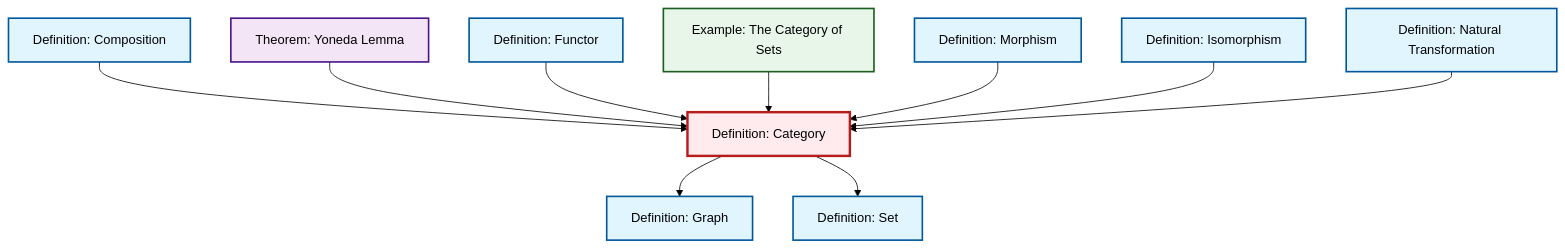
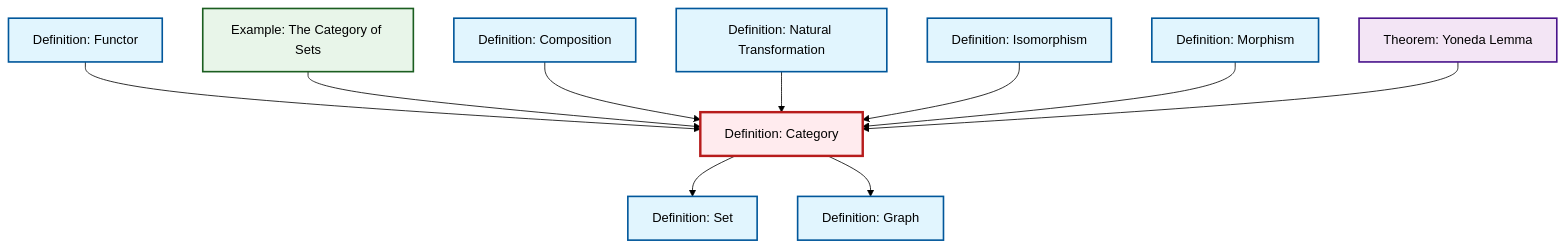
Before and after one commit to RK0429/ModernMath: the diagram in content/ja/category-theory/def-category.qmd, drawn with Mermaid (forest theme). The commit also changed other lines of this file and 491 other files, not shown here.

````diff
--- a/content/ja/category-theory/def-category.qmd
+++ b/content/ja/category-theory/def-category.qmd
@@ -48,38 +48,38 @@
 ```{mermaid}
 %%| fig-cap: "Local dependency graph"
 graph TD
     classDef definition fill:#e1f5fe,stroke:#01579b,stroke-width:2px
     classDef theorem fill:#f3e5f5,stroke:#4a148c,stroke-width:2px
     classDef axiom fill:#fff3e0,stroke:#e65100,stroke-width:2px
     classDef example fill:#e8f5e9,stroke:#1b5e20,stroke-width:2px
     classDef current fill:#ffebee,stroke:#b71c1c,stroke-width:3px
+    def-composition["Definition: Composition"]:::definition
+    thm-yoneda["Theorem: Yoneda Lemma"]:::theorem
+    def-functor["Definition: Functor"]:::definition
+    def-category["Definition: Category"]:::definition
     def-natural-transformation["Definition: Natural Transformation"]:::definition
+    def-set["Definition: Set"]:::definition
+    def-morphism["Definition: Morphism"]:::definition
+    def-graph["Definition: Graph"]:::definition
     ex-set-category["Example: The Category of Sets"]:::example
-    def-set["Definition: Set"]:::definition
-    def-category["Definition: Category"]:::definition
-    def-composition["Definition: Composition"]:::definition
-    def-functor["Definition: Functor"]:::definition
-    def-morphism["Definition: Morphism"]:::definition
-    thm-yoneda["Theorem: Yoneda Lemma"]:::theorem
-    def-graph["Definition: Graph"]:::definition
     def-isomorphism["Definition: Isomorphism"]:::definition
-    def-composition --> def-category
-    thm-yoneda --> def-category
     def-functor --> def-category
     ex-set-category --> def-category
+    def-category --> def-set
+    def-composition --> def-category
+    def-natural-transformation --> def-category
+    def-category --> def-graph
+    def-isomorphism --> def-category
     def-morphism --> def-category
-    def-isomorphism --> def-category
-    def-category --> def-graph
-    def-category --> def-set
-    def-natural-transformation --> def-category
+    thm-yoneda --> def-category
     class def-category current
+    click def-composition "def-composition.html" "Definition: Compositionへ"
+    click thm-yoneda "thm-yoneda.html" "Theorem: Yoneda Lemmaへ"
+    click def-functor "def-functor.html" "Definition: Functorへ"
     click def-natural-transformation "def-natural-transformation.html" "Definition: Natural Transformationへ"
+    click def-set "def-set.html" "Definition: Setへ"
+    click def-morphism "def-morphism.html" "Definition: Morphismへ"
+    click def-graph "def-graph.html" "Definition: Graphへ"
     click ex-set-category "ex-set-category.html" "Example: The Category of Setsへ"
-    click def-set "def-set.html" "Definition: Setへ"
-    click def-composition "def-composition.html" "Definition: Compositionへ"
-    click def-functor "def-functor.html" "Definition: Functorへ"
-    click def-morphism "def-morphism.html" "Definition: Morphismへ"
-    click thm-yoneda "thm-yoneda.html" "Theorem: Yoneda Lemmaへ"
-    click def-graph "def-graph.html" "Definition: Graphへ"
     click def-isomorphism "def-isomorphism.html" "Definition: Isomorphismへ"
 ```
````
